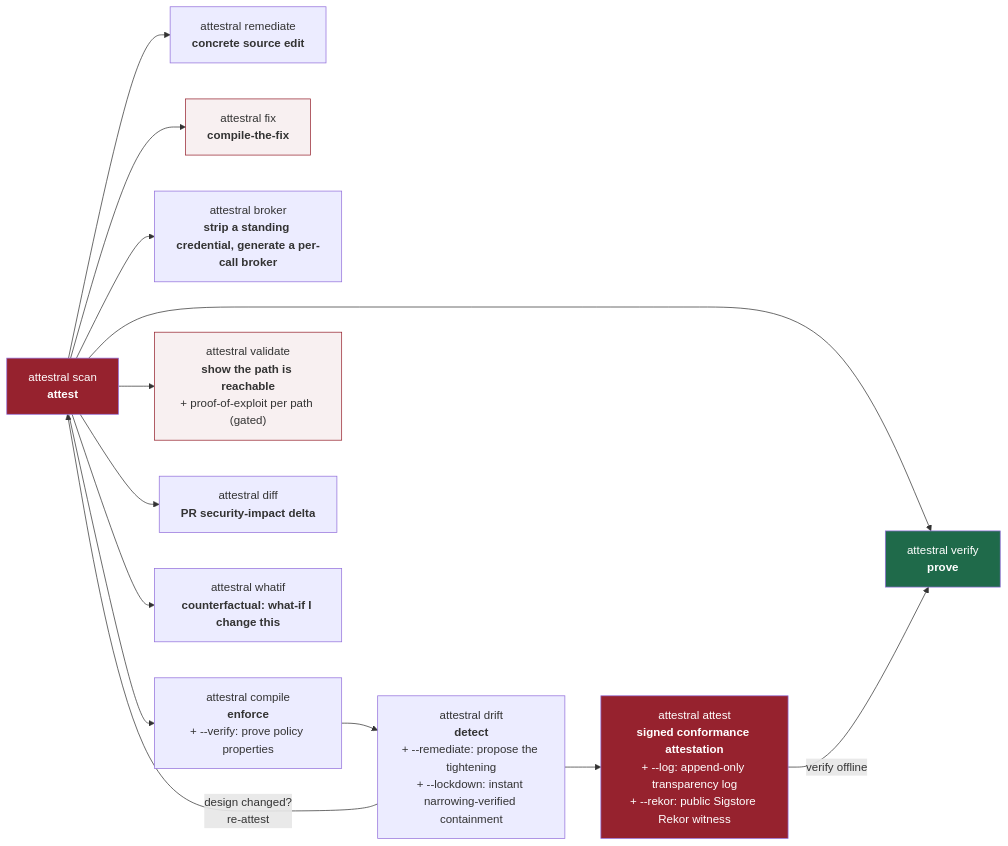
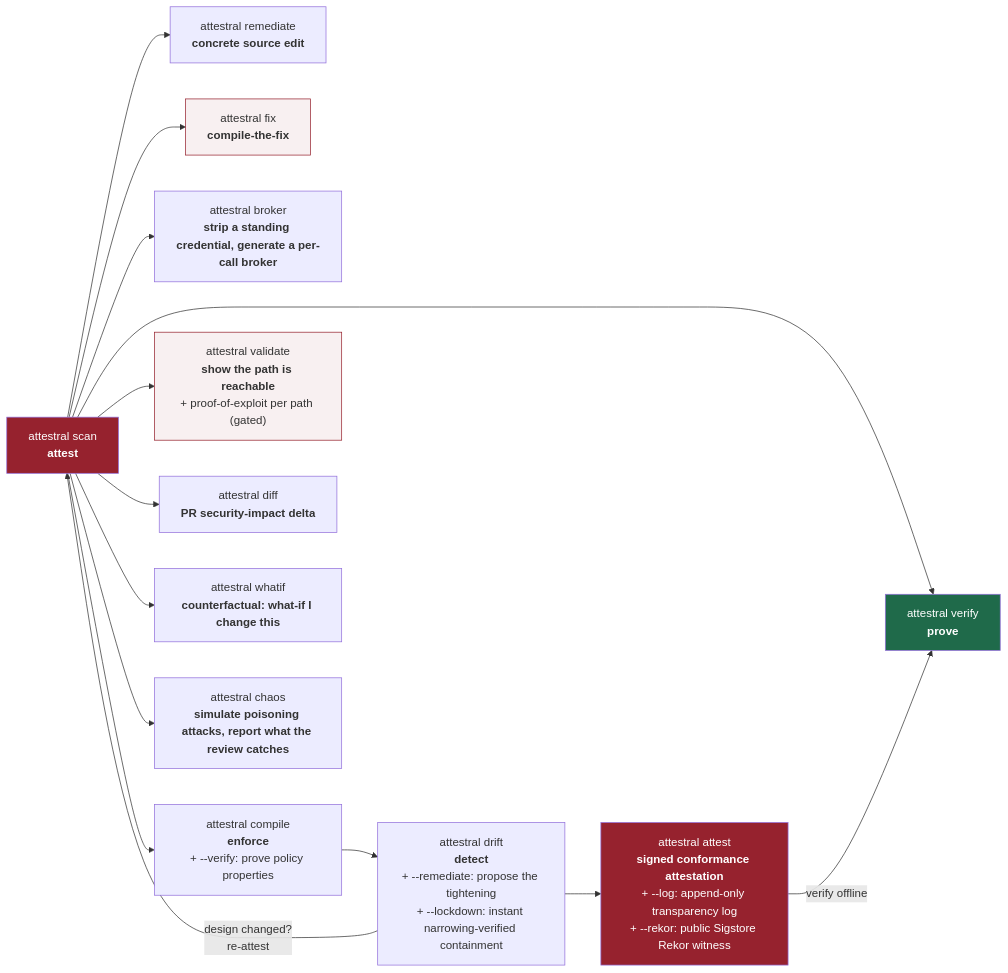
The second of 4 diagrams in README.md (attestral-labs/attestral), drawn with Mermaid before and after one commit. The commit also changed other lines of this file and 6 other files, not shown here.

````diff
--- a/README.md
+++ b/README.md
@@ -287,20 +287,21 @@
 ```mermaid
 flowchart LR
     A["attestral scan<br/><b>attest</b>"] --> B["attestral verify<br/><b>prove</b>"]
     A --> R["attestral remediate<br/><b>concrete source edit</b>"]
     A --> F["attestral fix<br/><b>compile-the-fix</b>"]
     A --> BR["attestral broker<br/><b>strip a standing credential, generate a per-call broker</b>"]
     A --> C["attestral compile<br/><b>enforce</b><br/>+ --verify: prove policy properties"]
     C --> D["attestral drift<br/><b>detect</b><br/>+ --remediate: propose the tightening<br/>+ --lockdown: instant narrowing-verified containment"]
     D --> AT["attestral attest<br/><b>signed conformance attestation</b><br/>+ --log: append-only transparency log<br/>+ --rekor: public Sigstore Rekor witness"]
     AT -->|"verify offline"| B
     D -->|"design changed?<br/>re-attest"| A
     A --> V["attestral validate<br/><b>show the path is reachable</b><br/>+ proof-of-exploit per path (gated)"]
     A --> DF["attestral diff<br/><b>PR security-impact delta</b>"]
     A --> WI["attestral whatif<br/><b>counterfactual: what-if I change this</b>"]
+    A --> CH["attestral chaos<br/><b>simulate poisoning attacks, report what the review catches</b>"]
     style A fill:#96222E,color:#fff
     style B fill:#1F6A4A,color:#fff
     style F fill:#96222E11,stroke:#96222E
     style V fill:#96222E11,stroke:#96222E
     style AT fill:#96222E,color:#fff
 ```
````
